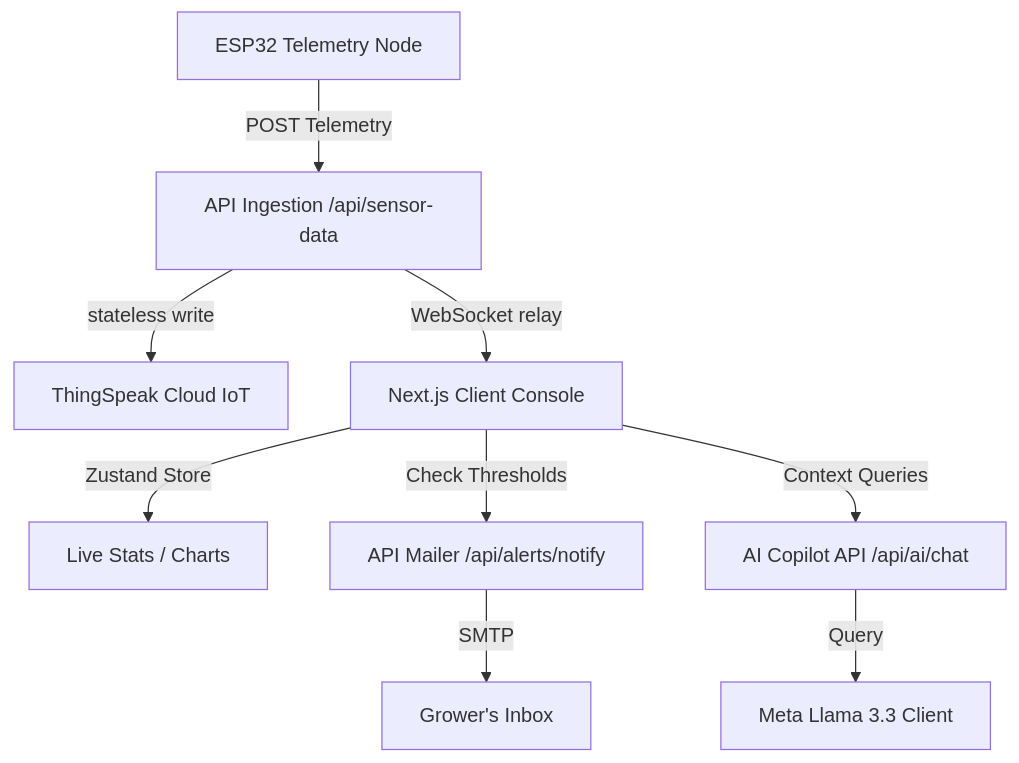
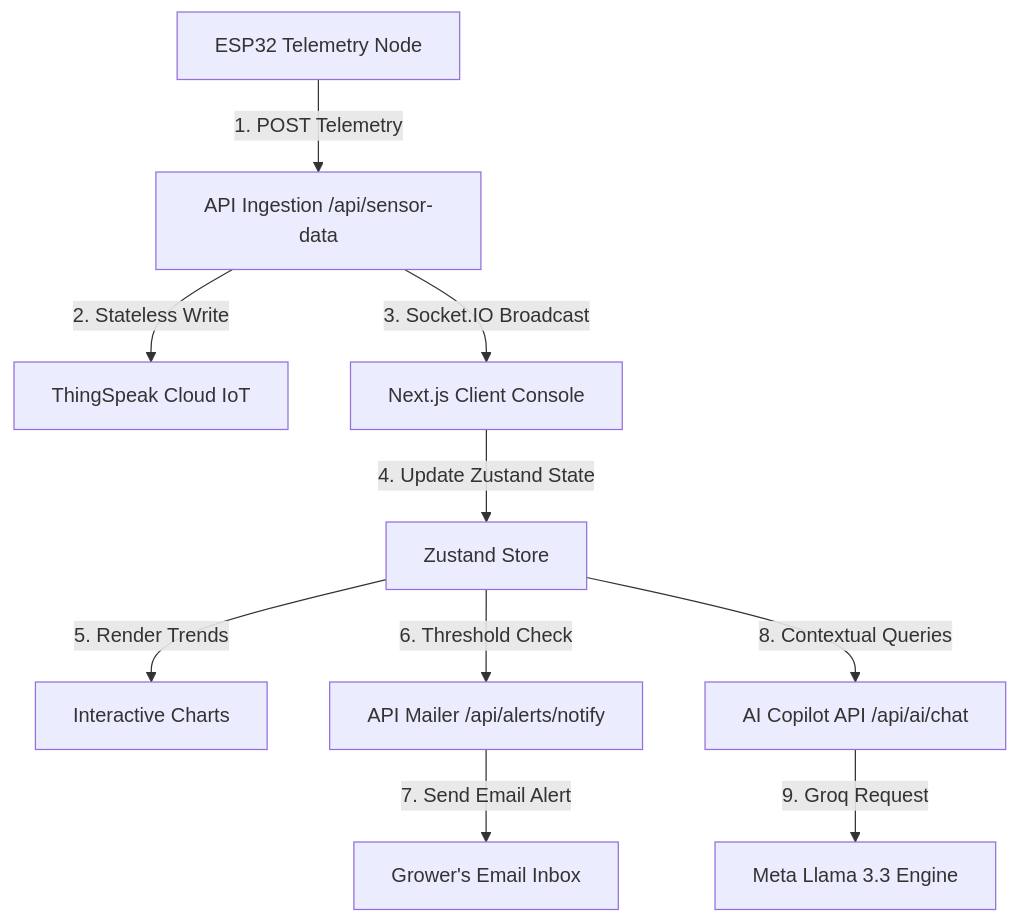
Before and after one commit to Maitrey-Bharambe/pulseroot: the diagram in README.md, drawn with Mermaid. The commit also changed other lines of this file, not shown here.

````diff
--- a/README.md
+++ b/README.md
@@ -26,11 +35,12 @@
 ```mermaid
 graph TD
-    ESP32[ESP32 Telemetry Node] -->|POST Telemetry| API_Sensor[API Ingestion /api/sensor-data]
-    API_Sensor -->| stateless write | TS[ThingSpeak Cloud IoT]
-    API_Sensor -->|WebSocket relay| WebApp[Next.js Client Console]
-    WebApp -->|Zustand Store| TelemetryView[Live Stats / Charts]
-    WebApp -->|Check Thresholds| API_Notify[API Mailer /api/alerts/notify]
-    API_Notify -->|SMTP| Nodemailer[Grower's Inbox]
-    WebApp -->|Context Queries| API_Chat[AI Copilot API /api/ai/chat]
-    API_Chat -->|Query| Groq[Meta Llama 3.3 Client]
+    ESP32[ESP32 Telemetry Node] -->|1. POST Telemetry| API_Sensor[API Ingestion /api/sensor-data]
+    API_Sensor -->|2. Stateless Write| TS[ThingSpeak Cloud IoT]
+    API_Sensor -->|3. Socket.IO Broadcast| WebApp[Next.js Client Console]
+    WebApp -->|4. Update Zustand State| Store[Zustand Store]
+    Store -->|5. Render Trends| Recharts[Interactive Charts]
+    Store -->|6. Threshold Check| API_Notify[API Mailer /api/alerts/notify]
+    API_Notify -->|7. Send Email Alert| Nodemailer[Grower's Email Inbox]
+    Store -->|8. Contextual Queries| API_Chat[AI Copilot API /api/ai/chat]
+    API_Chat -->|9. Groq Request| Groq[Meta Llama 3.3 Engine]
 ```
````
